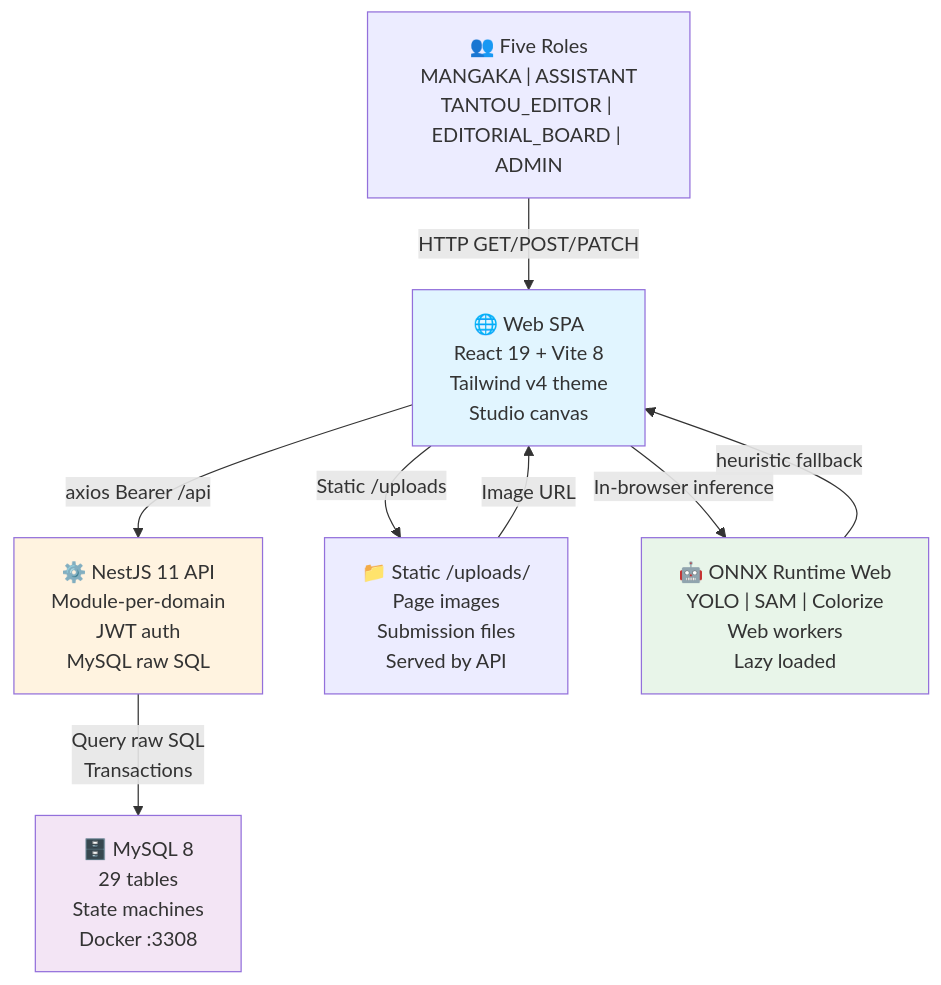
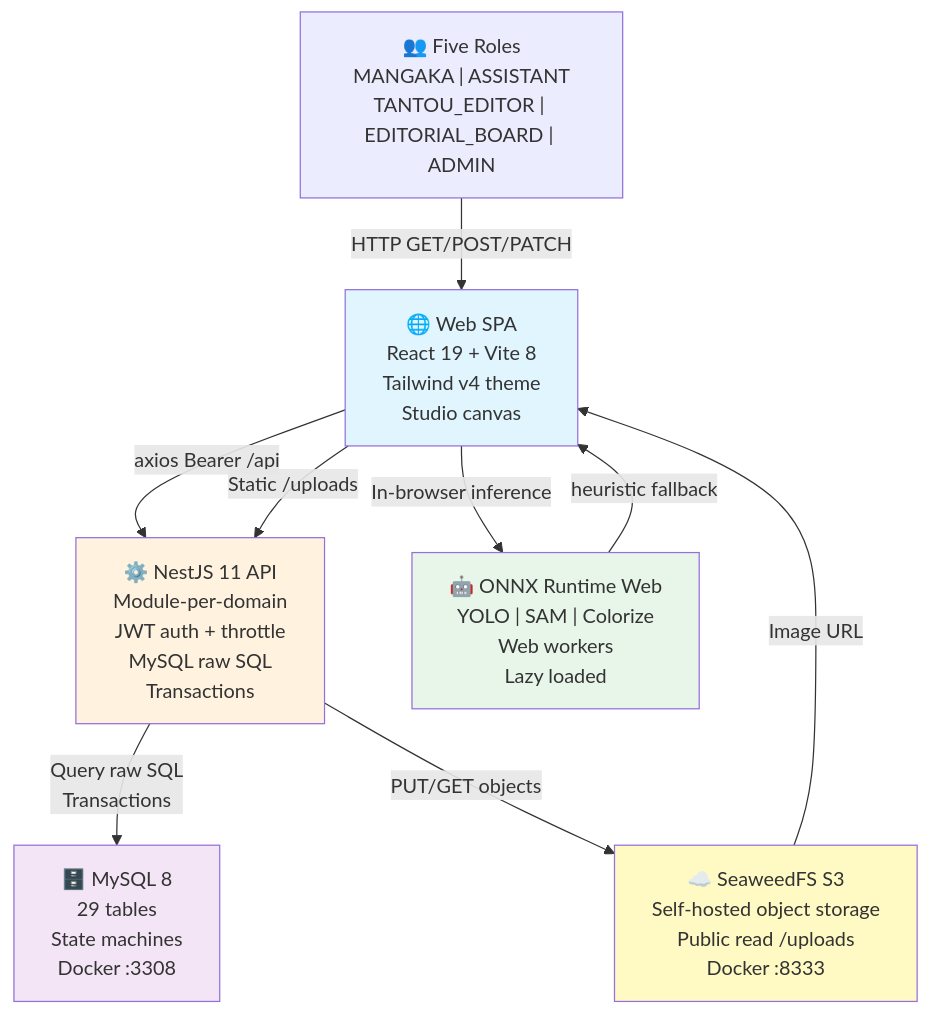
One commit to zun3007/Manga-Creation-Workflow-and-Publishing-Management-System changed the first of 5 diagrams in documents/02-architecture/01-system-architecture.md. Above: the diagram before and after it, drawn with Mermaid. The commit also changed other lines of this file and 20 other files, not shown here.

First line of the commit message:
docs: sync all documentation to current code + fix 11 diagram render bugs

````diff
--- a/documents/02-architecture/01-system-architecture.md
+++ b/documents/02-architecture/01-system-architecture.md
@@ -19,22 +19,24 @@
 ```mermaid
 graph TB
     Users["👥 Five Roles<br/>MANGAKA | ASSISTANT<br/>TANTOU_EDITOR | EDITORIAL_BOARD | ADMIN"]
     Web["🌐 Web SPA<br/>React 19 + Vite 8<br/>Tailwind v4 theme<br/>Studio canvas"]
-    API["⚙️ NestJS 11 API<br/>Module-per-domain<br/>JWT auth<br/>MySQL raw SQL"]
+    API["⚙️ NestJS 11 API<br/>Module-per-domain<br/>JWT auth + throttle<br/>MySQL raw SQL<br/>Transactions"]
     MySQL["🗄️ MySQL 8<br/>29 tables<br/>State machines<br/>Docker :3308"]
-    Uploads["📁 Static /uploads/<br/>Page images<br/>Submission files<br/>Served by API"]
+    SeaweedFS["☁️ SeaweedFS S3<br/>Self-hosted object storage<br/>Public read /uploads<br/>Docker :8333"]
     AIOnnx["🤖 ONNX Runtime Web<br/>YOLO | SAM | Colorize<br/>Web workers<br/>Lazy loaded"]
     
     Users -->|HTTP GET/POST/PATCH| Web
     Web -->|axios Bearer /api| API
-    Web -->|Static /uploads| Uploads
+    Web -->|Static /uploads| API
     API -->|Query raw SQL<br/>Transactions| MySQL
-    Uploads -->|Image URL| Web
+    API -->|PUT/GET objects| SeaweedFS
+    SeaweedFS -->|Image URL| Web
     Web -->|In-browser inference| AIOnnx
     AIOnnx -->|heuristic fallback| Web
     
     style Web fill:#e1f5ff
     style API fill:#fff3e0
     style MySQL fill:#f3e5f5
+    style SeaweedFS fill:#fff9c4
     style AIOnnx fill:#e8f5e9
 ```
````
